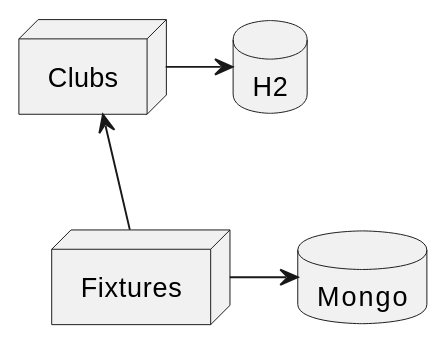
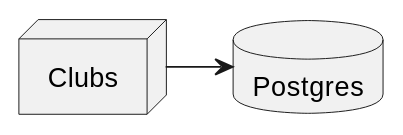
The diagram in README.adoc (alvarosanchez/micronaut-workshop), drawn with PlantUML before and after one commit. The commit also changed other lines of this file and 2 other files, not shown here.

```diff
--- a/README.adoc
+++ b/README.adoc
@@ -50,17 +48,9 @@
 [plantuml, football-diagram, png]
 ....
 together {
-    node Fixtures
-    database Mongo
+    node Clubs
+    database Postgres
 }
 
-together {
-    node Clubs
-    database H2
-}
-
-Clubs -> H2
-H2 -[hidden]- Fixtures
-Fixtures -> Mongo
-Fixtures -> Clubs
+Clubs -> Postgres
 ....
```
